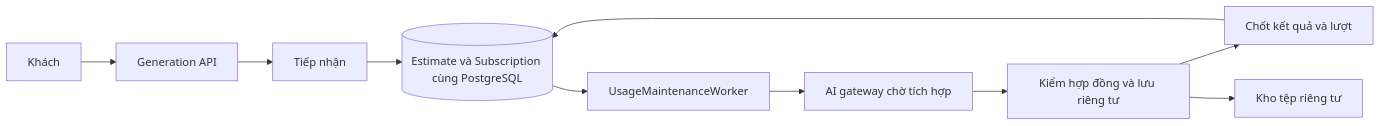
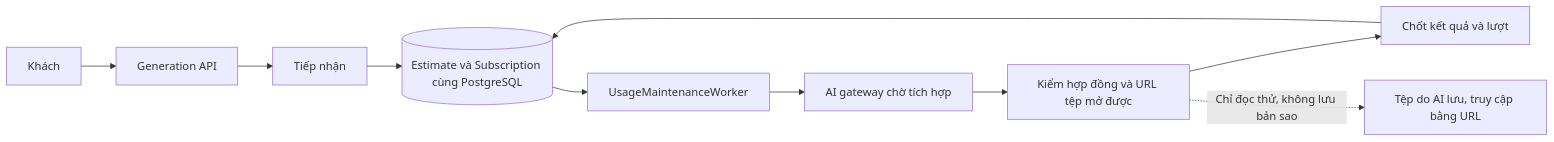
The first of 5 diagrams in tdd/TDD-PROJ-002.md (TaskCoper/bmt-documentation), drawn with Mermaid before and after one commit. The commit also changed other lines of this file and 25 other files, not shown here.

First line of the commit message:
docs: trả nợ tài liệu sau đợt 2 (CSRF, lưu URL cho PROJ/LIB, SUB, RBAC, PAY)

````diff
--- a/tdd/TDD-PROJ-002.md
+++ b/tdd/TDD-PROJ-002.md
@@ -88,12 +91,12 @@
 ```mermaid
 flowchart LR
     UI[Khách] --> API[Generation API]
     API --> H[Tiếp nhận]
     H --> DB[(Estimate và Subscription cùng PostgreSQL)]
     DB --> W[UsageMaintenanceWorker]
     W --> AI[AI gateway chờ tích hợp]
-    AI --> V[Kiểm hợp đồng và lưu riêng tư]
+    AI --> V[Kiểm hợp đồng và URL tệp mở được]
     V --> F[Chốt kết quả và lượt]
     F --> DB
-    V --> S[Kho tệp riêng tư]
+    V -.->|Chỉ đọc thử, không lưu bản sao| FILES[Tệp do AI lưu, truy cập bằng URL]
 ```
````
